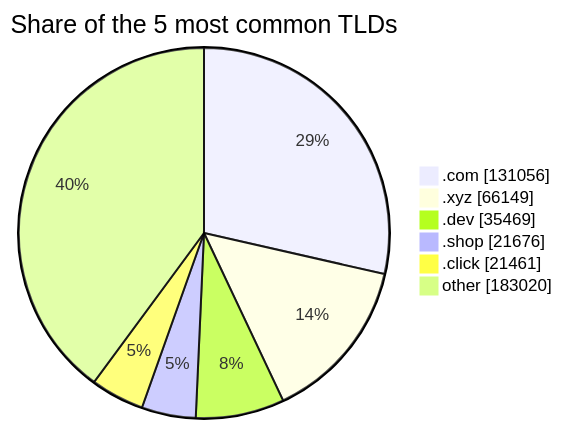
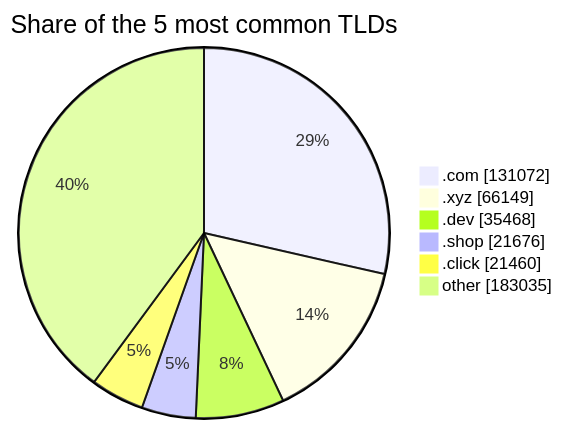
The third of 3 diagrams in README.md (DNSBunker/CTI), drawn with Mermaid before and after one commit. The commit also changed other lines of this file and 3 other files, not shown here.

````diff
--- a/README.md
+++ b/README.md
@@ -81,9 +81,9 @@
 ```mermaid
 pie showData title Share of the 5 most common TLDs
-    ".com" : 131056
+    ".com" : 131072
     ".xyz" : 66149
-    ".dev" : 35469
+    ".dev" : 35468
     ".shop" : 21676
-    ".click" : 21461
-    "other" : 183020
+    ".click" : 21460
+    "other" : 183035
 ```
````
